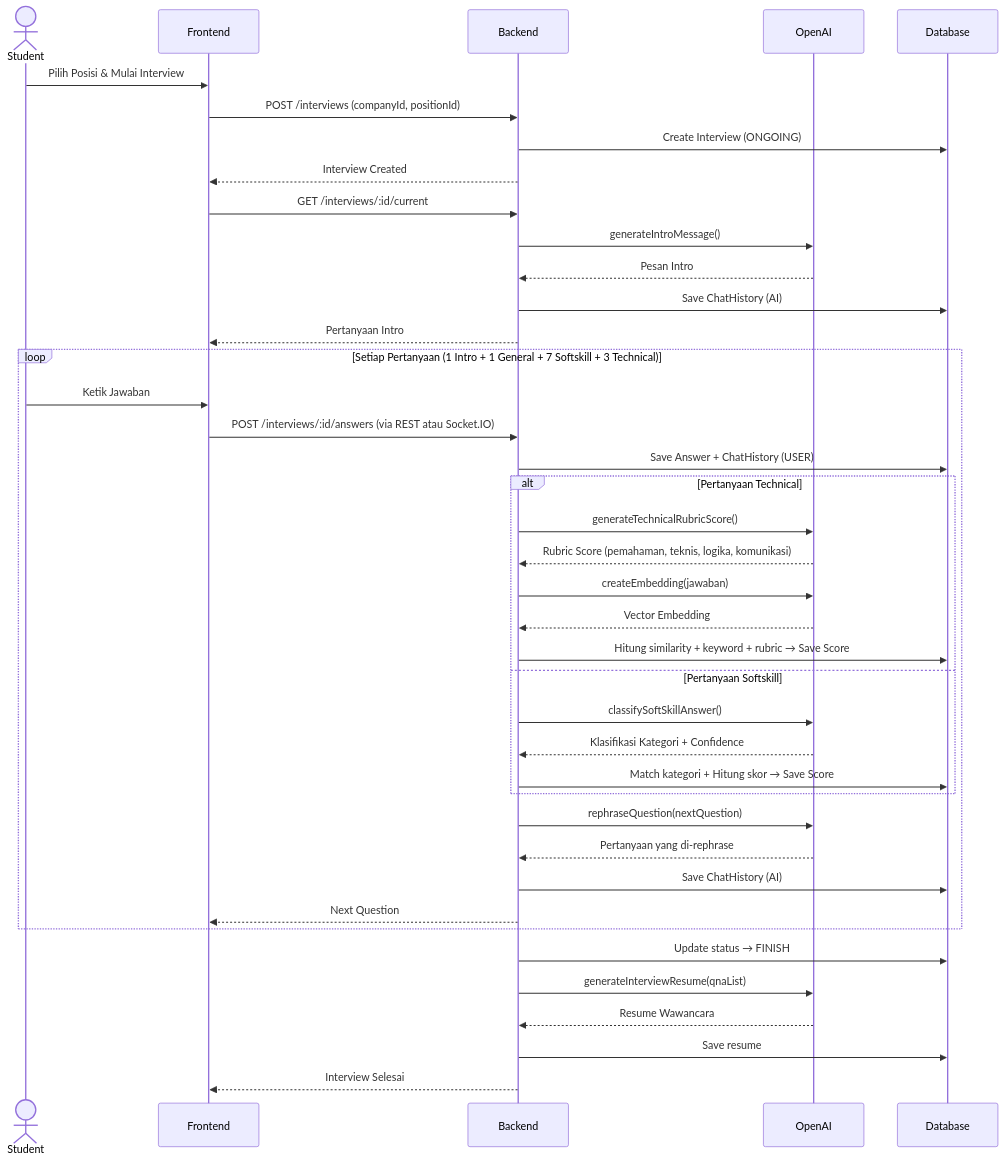
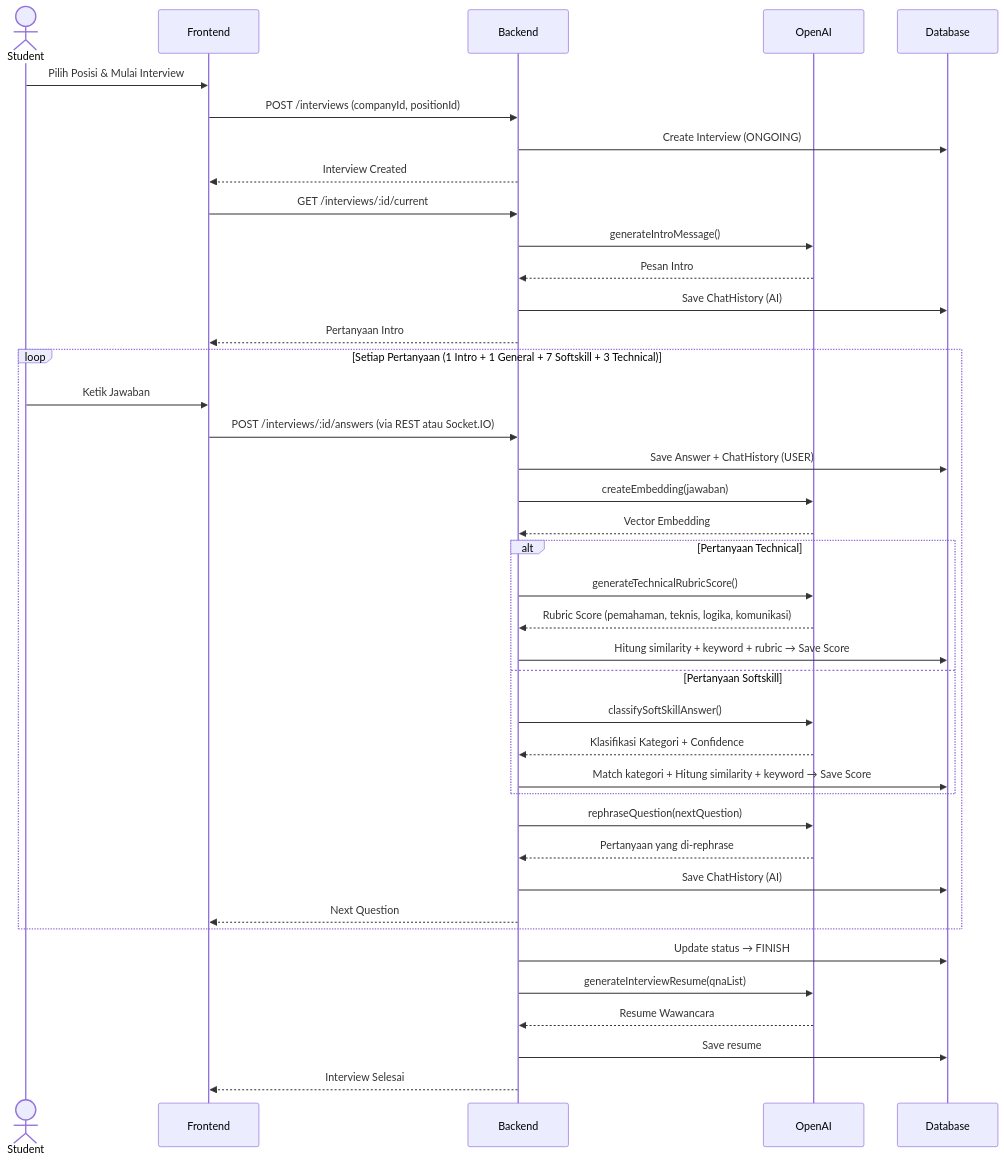
The second of 3 diagrams in PRD_Wawancara_AI.md (yazid138/wawancara-fe), drawn with Mermaid before and after one commit. The commit also changed other lines of this file, not shown here.

````diff
--- a/PRD_Wawancara_AI.md
+++ b/PRD_Wawancara_AI.md
@@ -290,48 +290,49 @@
 ```mermaid
 sequenceDiagram
     actor S as Student
     participant FE as Frontend
     participant BE as Backend
     participant AI as OpenAI
     participant DB as Database
 
     S->>FE: Pilih Posisi & Mulai Interview
     FE->>BE: POST /interviews (companyId, positionId)
     BE->>DB: Create Interview (ONGOING)
     BE-->>FE: Interview Created
 
     FE->>BE: GET /interviews/:id/current
     BE->>AI: generateIntroMessage()
     AI-->>BE: Pesan Intro
     BE->>DB: Save ChatHistory (AI)
     BE-->>FE: Pertanyaan Intro
 
     loop Setiap Pertanyaan (1 Intro + 1 General + 7 Softskill + 3 Technical)
         S->>FE: Ketik Jawaban
         FE->>BE: POST /interviews/:id/answers (via REST atau Socket.IO)
         BE->>DB: Save Answer + ChatHistory (USER)
 
+        BE->>AI: createEmbedding(jawaban)
+        AI-->>BE: Vector Embedding
+
         alt Pertanyaan Technical
             BE->>AI: generateTechnicalRubricScore()
             AI-->>BE: Rubric Score (pemahaman, teknis, logika, komunikasi)
-            BE->>AI: createEmbedding(jawaban)
-            AI-->>BE: Vector Embedding
             BE->>DB: Hitung similarity + keyword + rubric → Save Score
         else Pertanyaan Softskill
             BE->>AI: classifySoftSkillAnswer()
             AI-->>BE: Klasifikasi Kategori + Confidence
-            BE->>DB: Match kategori + Hitung skor → Save Score
+            BE->>DB: Match kategori + Hitung similarity + keyword → Save Score
         end
 
         BE->>AI: rephraseQuestion(nextQuestion)
         AI-->>BE: Pertanyaan yang di-rephrase
         BE->>DB: Save ChatHistory (AI)
         BE-->>FE: Next Question
     end
 
     BE->>DB: Update status → FINISH
     BE->>AI: generateInterviewResume(qnaList)
     AI-->>BE: Resume Wawancara
     BE->>DB: Save resume
     BE-->>FE: Interview Selesai
 ```
````
